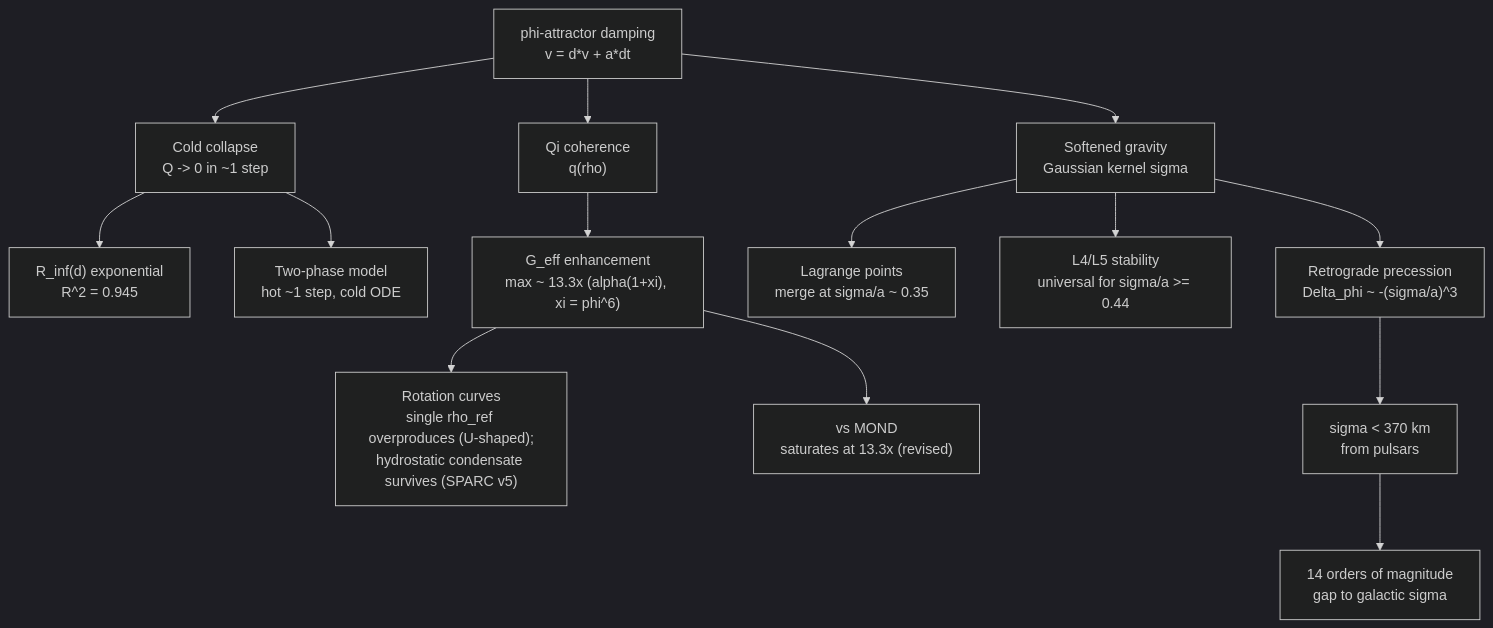
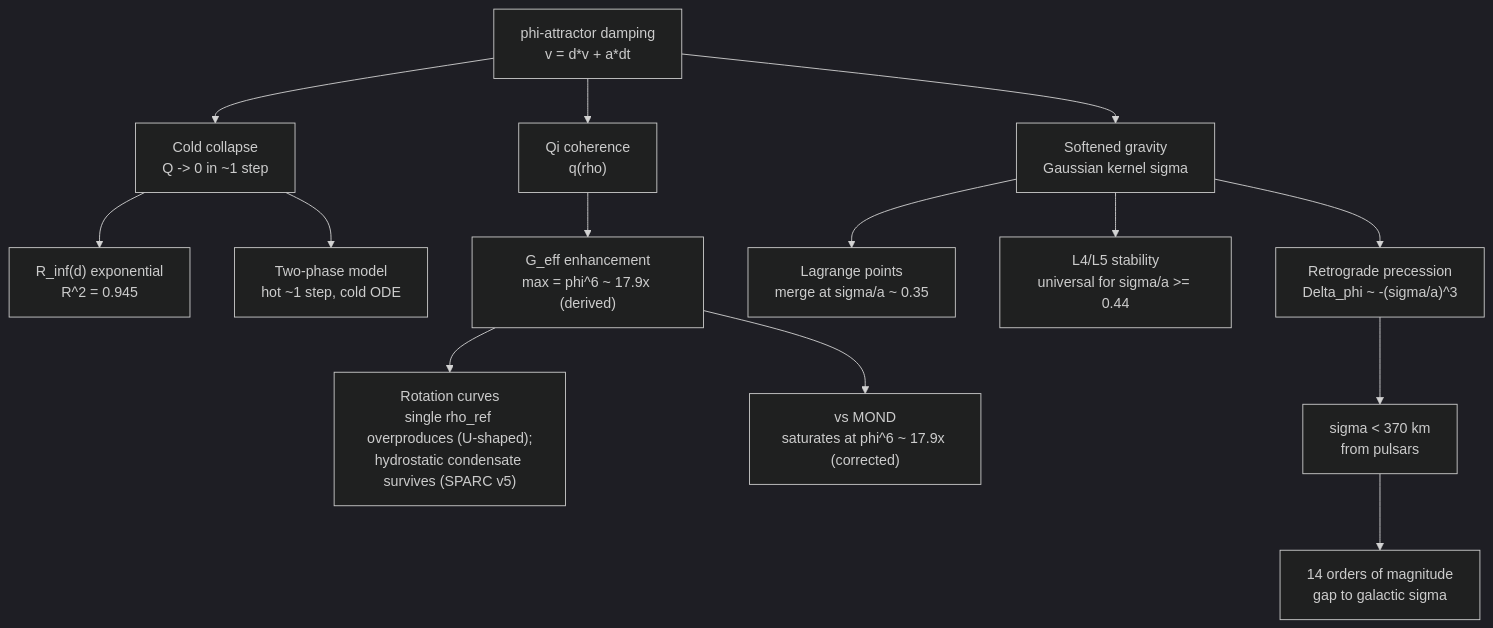
Before and after one commit to CassiTheOracle/cassi: the diagram in foundations/phi_attractor_synthesis.md, drawn with Mermaid (dark theme). The commit also changed other lines of this file and 11 other files, not shown here.

````diff
--- a/foundations/phi_attractor_synthesis.md
+++ b/foundations/phi_attractor_synthesis.md
@@ -443,16 +443,16 @@
 ```mermaid
 graph TD
     A["phi-attractor damping<br/>v = d*v + a*dt"] --> B["Cold collapse<br/>Q -> 0 in ~1 step"]
     B --> C["R_inf(d) exponential<br/>R^2 = 0.945"]
     B --> D["Two-phase model<br/>hot ~1 step, cold ODE"]
     A --> E["Softened gravity<br/>Gaussian kernel sigma"]
     E --> F["Retrograde precession<br/>Delta_phi ~ -(sigma/a)^3"]
     E --> G["Lagrange points<br/>merge at sigma/a ~ 0.35"]
     E --> H["L4/L5 stability<br/>universal for sigma/a >= 0.44"]
     A --> I["Qi coherence<br/>q(rho)"]
-    I --> J["G_eff enhancement<br/>max ~ 13.3x (alpha(1+xi), xi = phi^6)"]
+    I --> J["G_eff enhancement<br/>max = phi^6 ~ 17.9x (derived)"]
     J --> K["Rotation curves<br/>single rho_ref overproduces (U-shaped);<br/>hydrostatic condensate survives (SPARC v5)"]
-    J --> L["vs MOND<br/>saturates at 13.3x (revised)"]
+    J --> L["vs MOND<br/>saturates at phi^6 ~ 17.9x (corrected)"]
     F --> M["sigma < 370 km<br/>from pulsars"]
     M --> N["14 orders of magnitude<br/>gap to galactic sigma"]
 ```
````
